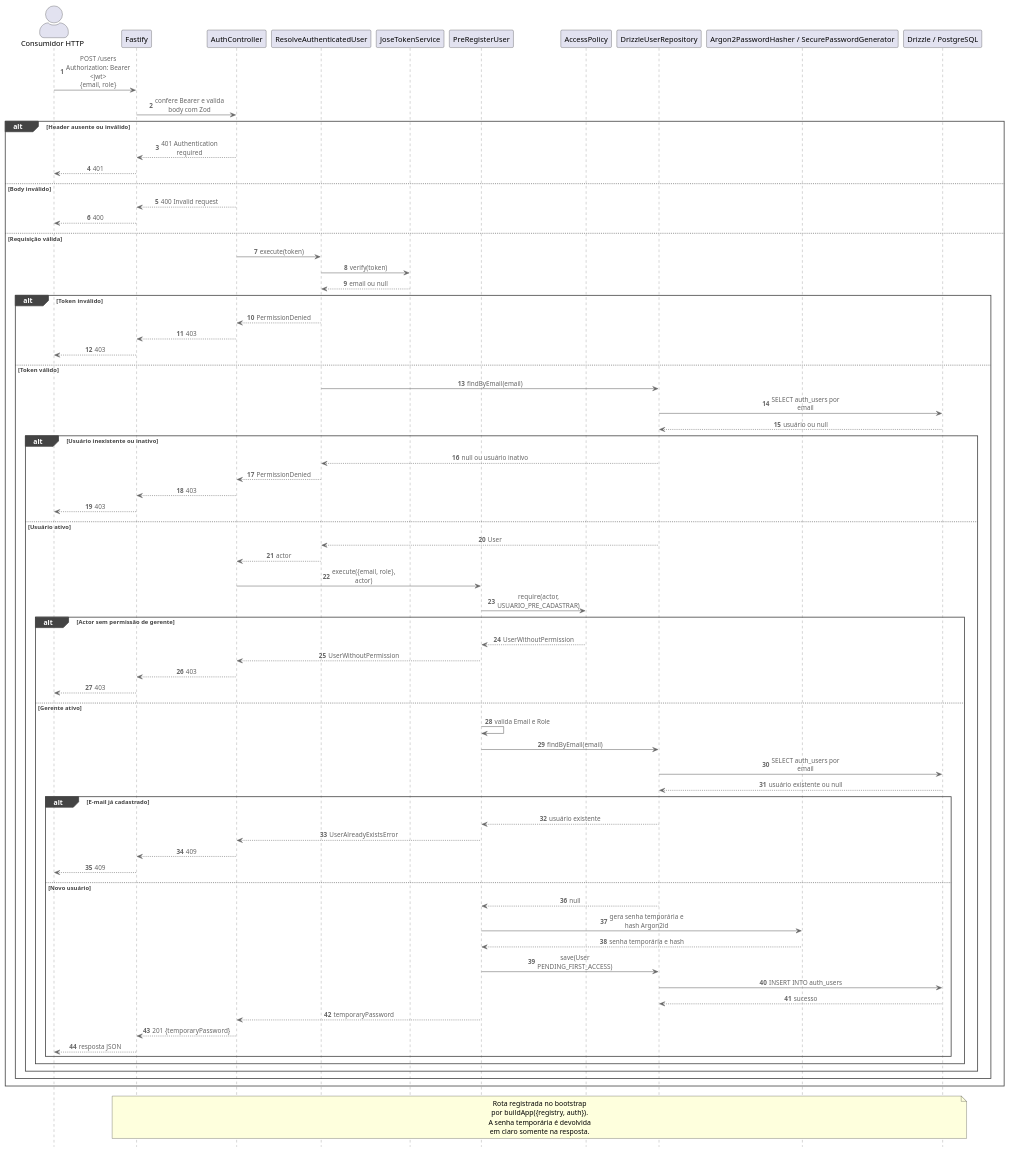
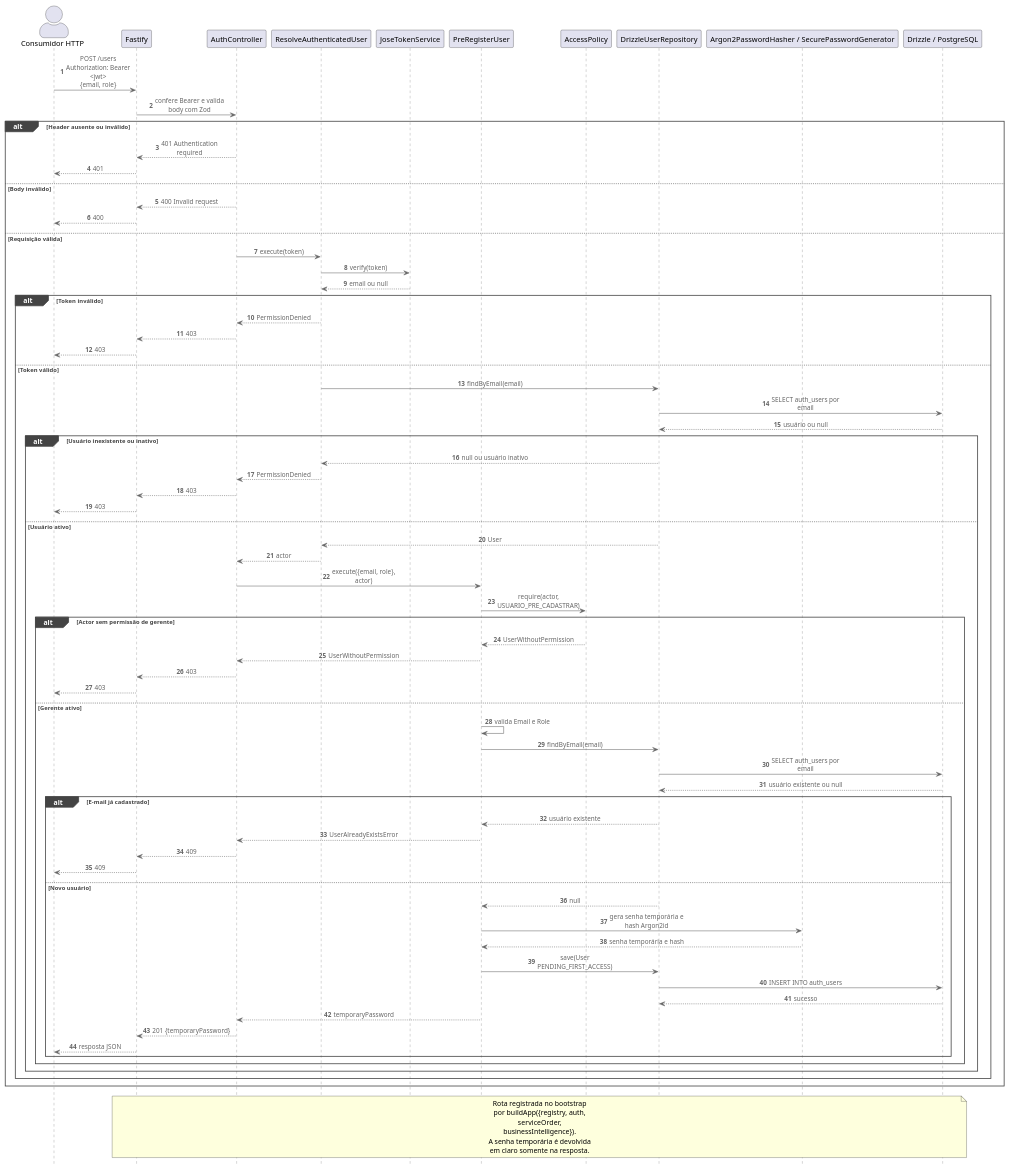
One commit to 15soat-fiap-45/api.mecanica changed the first of 2 diagrams in docs/plantuml/flows/auth-service.puml. Above: the diagram before and after it, drawn with PlantUML. The commit also changed other lines of this file and 13 other files, not shown here.

First line of the commit message:
docs(architecture): align diagrams and setup docs with current API

```diff
--- a/docs/plantuml/flows/auth-service.puml
+++ b/docs/plantuml/flows/auth-service.puml
@@ -1,81 +1,81 @@
 @startuml Fluxo: Pré-cadastrar Usuário
 !include https://raw.githubusercontent.com/plantuml-stdlib/C4-PlantUML/master/C4_Sequence.puml
 autonumber
 
 actor Client as "Consumidor HTTP"
 participant API as "Fastify"
 participant Route as "AuthController"
 participant Auth as "ResolveAuthenticatedUser"
 participant Token as "JoseTokenService"
 participant UseCase as "PreRegisterUser"
 participant Policy as "AccessPolicy"
 participant Repo as "DrizzleUserRepository"
 participant Security as "Argon2PasswordHasher / SecurePasswordGenerator"
 participant DB as "Drizzle / PostgreSQL"
 
 Client -> API: POST /users\nAuthorization: Bearer <jwt>\n{email, role}
 API -> Route: confere Bearer e valida body com Zod
 alt Header ausente ou inválido
     Route --> API: 401 Authentication required
     API --> Client: 401
 else Body inválido
     Route --> API: 400 Invalid request
     API --> Client: 400
 else Requisição válida
     Route -> Auth: execute(token)
     Auth -> Token: verify(token)
     Token --> Auth: email ou null
     alt Token inválido
         Auth --> Route: PermissionDenied
         Route --> API: 403
         API --> Client: 403
     else Token válido
         Auth -> Repo: findByEmail(email)
         Repo -> DB: SELECT auth_users por email
         DB --> Repo: usuário ou null
         alt Usuário inexistente ou inativo
             Repo --> Auth: null ou usuário inativo
             Auth --> Route: PermissionDenied
             Route --> API: 403
             API --> Client: 403
         else Usuário ativo
             Repo --> Auth: User
             Auth --> Route: actor
             Route -> UseCase: execute({email, role}, actor)
             UseCase -> Policy: require(actor, USUARIO_PRE_CADASTRAR)
             alt Actor sem permissão de gerente
                 Policy --> UseCase: UserWithoutPermission
                 UseCase --> Route: UserWithoutPermission
                 Route --> API: 403
                 API --> Client: 403
             else Gerente ativo
                 UseCase -> UseCase: valida Email e Role
                 UseCase -> Repo: findByEmail(email)
                 Repo -> DB: SELECT auth_users por email
                 DB --> Repo: usuário existente ou null
                 alt E-mail já cadastrado
                     Repo --> UseCase: usuário existente
                     UseCase --> Route: UserAlreadyExistsError
                     Route --> API: 409
                     API --> Client: 409
                 else Novo usuário
                     Repo --> UseCase: null
                     UseCase -> Security: gera senha temporária e hash Argon2id
                     Security --> UseCase: senha temporária e hash
                     UseCase -> Repo: save(User PENDING_FIRST_ACCESS)
                     Repo -> DB: INSERT INTO auth_users
                     DB --> Repo: sucesso
                     UseCase --> Route: temporaryPassword
                     Route --> API: 201 {temporaryPassword}
                     API --> Client: resposta JSON
                 end
             end
         end
     end
 end
 
 note over API,DB
-    Rota registrada no bootstrap por buildApp({registry, auth}).
+    Rota registrada no bootstrap por buildApp({registry, auth, serviceOrder, businessIntelligence}).
     A senha temporária é devolvida em claro somente na resposta.
 end note
 @enduml
```
